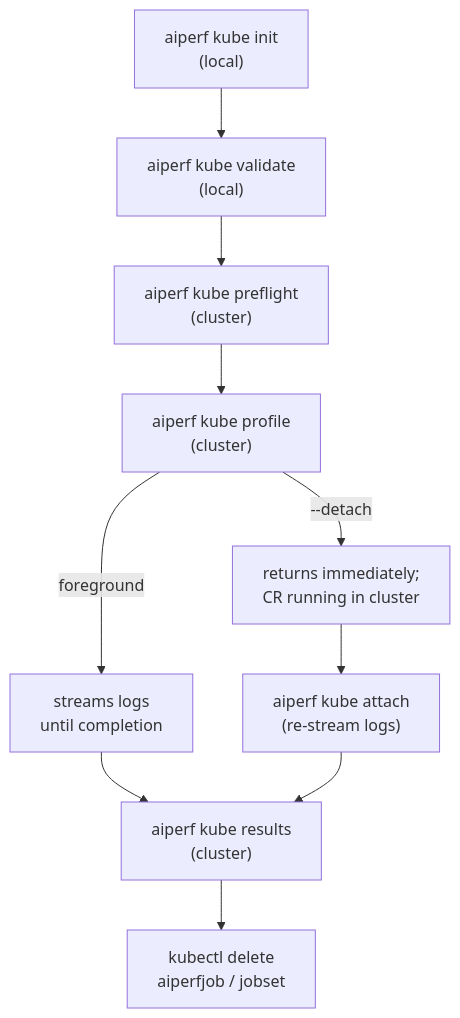
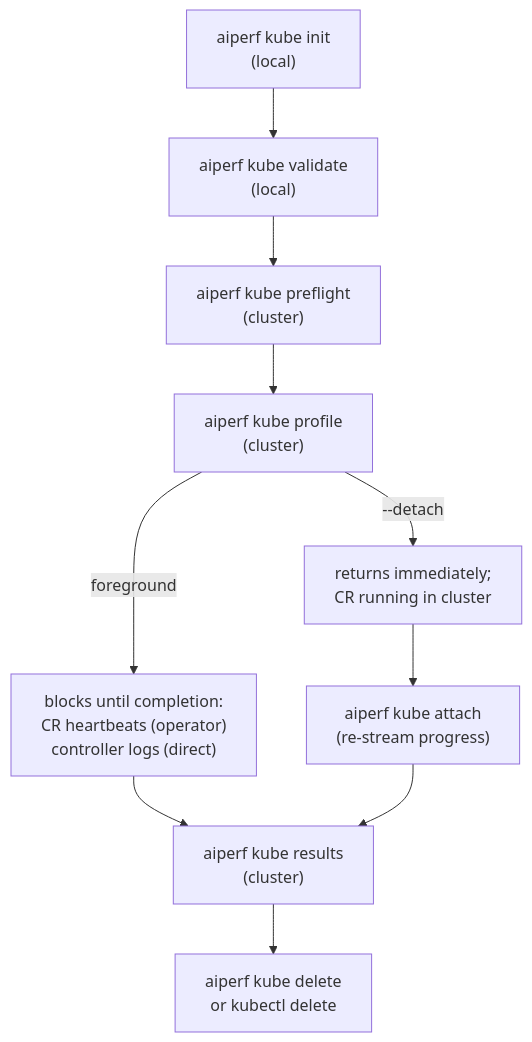
The diagram in docs/kubernetes/workflow.md (ai-dynamo/aiperf), drawn with Mermaid before and after one commit. The commit also changed other lines of this file and 44 other files, not shown here.

````diff
--- a/docs/kubernetes/workflow.md
+++ b/docs/kubernetes/workflow.md
@@ -24,12 +24,12 @@
 ```mermaid
 flowchart TD
     init["aiperf kube init<br/>(local)"] --> validate["aiperf kube validate<br/>(local)"]
     validate --> preflight["aiperf kube preflight<br/>(cluster)"]
     preflight --> profile["aiperf kube profile<br/>(cluster)"]
-    profile -->|foreground| attach_inline["streams logs<br/>until completion"]
+    profile -->|foreground| attach_inline["blocks until completion:<br/>CR heartbeats (operator)<br/>controller logs (direct)"]
     profile -->|--detach| detached["returns immediately;<br/>CR running in cluster"]
     attach_inline --> results["aiperf kube results<br/>(cluster)"]
-    detached --> attach["aiperf kube attach<br/>(re-stream logs)"]
+    detached --> attach["aiperf kube attach<br/>(re-stream progress)"]
     attach --> results
-    results --> cleanup["kubectl delete<br/>aiperfjob / jobset"]
+    results --> cleanup["aiperf kube delete<br/>or kubectl delete"]
 ```
````
